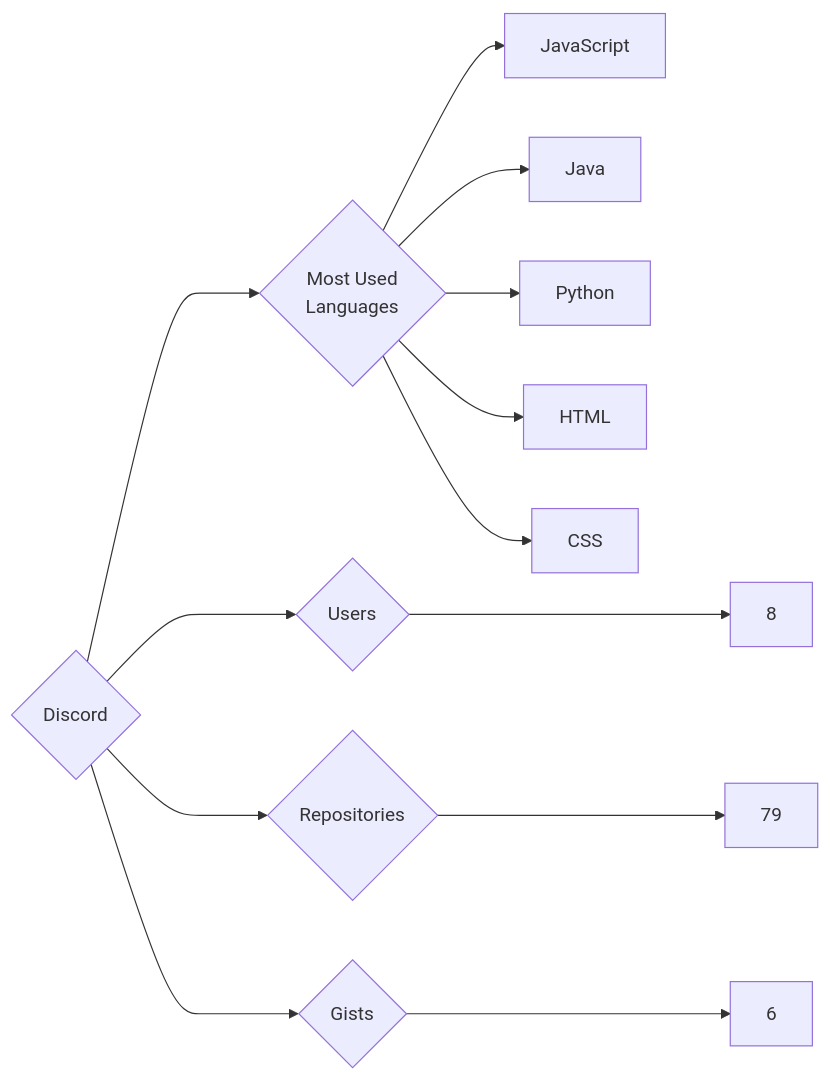
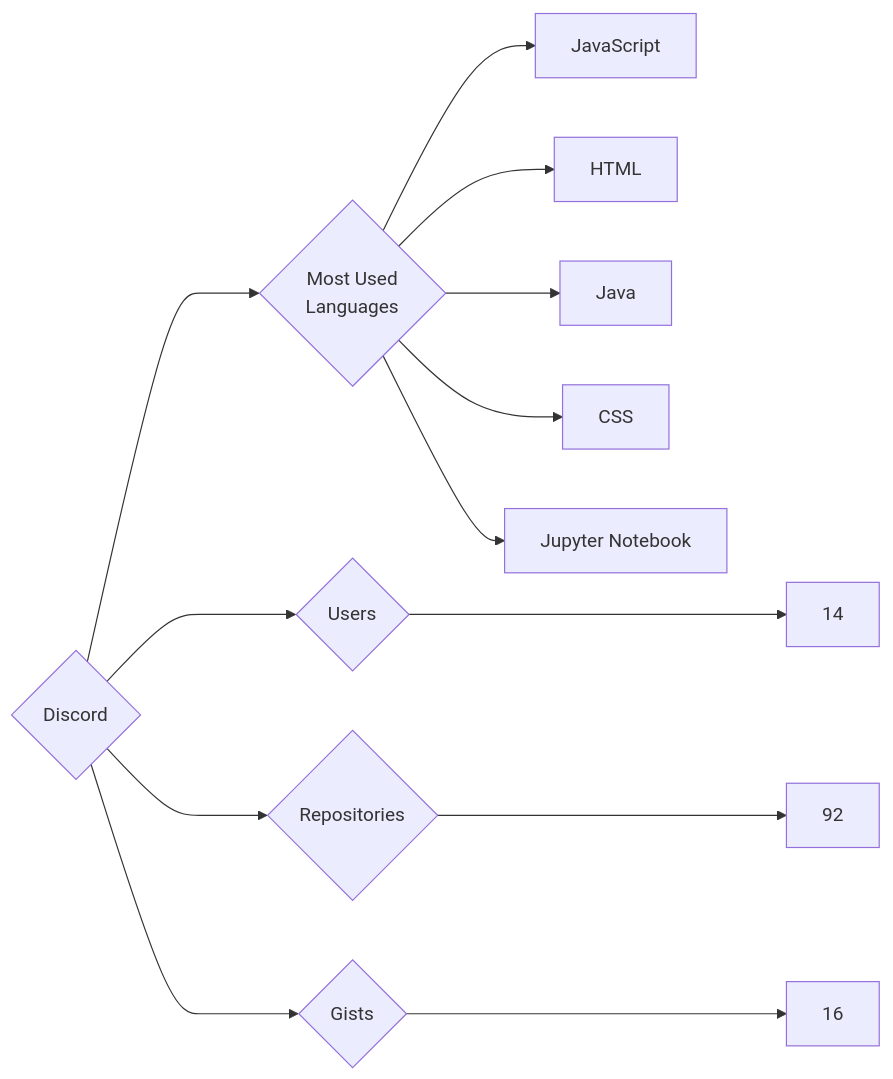
Before and after one commit to trickest/insiders: the diagram in targets/Discord/README.md, drawn with Mermaid. The commit also changed 857 other files, not shown here.

````diff
--- a/targets/Discord/README.md
+++ b/targets/Discord/README.md
@@ -3,13 +3,13 @@
 ```mermaid
 graph LR
 COMPANY_NAME{Discord}
-COMPANY_NAME ---> U{Users} ---> UN[8]
-COMPANY_NAME ---> R{Repositories} ---> RN[79]
-COMPANY_NAME ---> G{Gists} ---> GN[6]
+COMPANY_NAME ---> U{Users} ---> UN[14]
+COMPANY_NAME ---> R{Repositories} ---> RN[92]
+COMPANY_NAME ---> G{Gists} ---> GN[16]
 COMPANY_NAME ---> ML{Most Used<br>Languages}
 ML --> JavaScript[JavaScript]
+ML --> HTML[HTML]
 ML --> Java[Java]
-ML --> Python[Python]
-ML --> HTML[HTML]
 ML --> CSS[CSS]
+ML --> Jupyter_Notebook[Jupyter Notebook]
 ```
````
